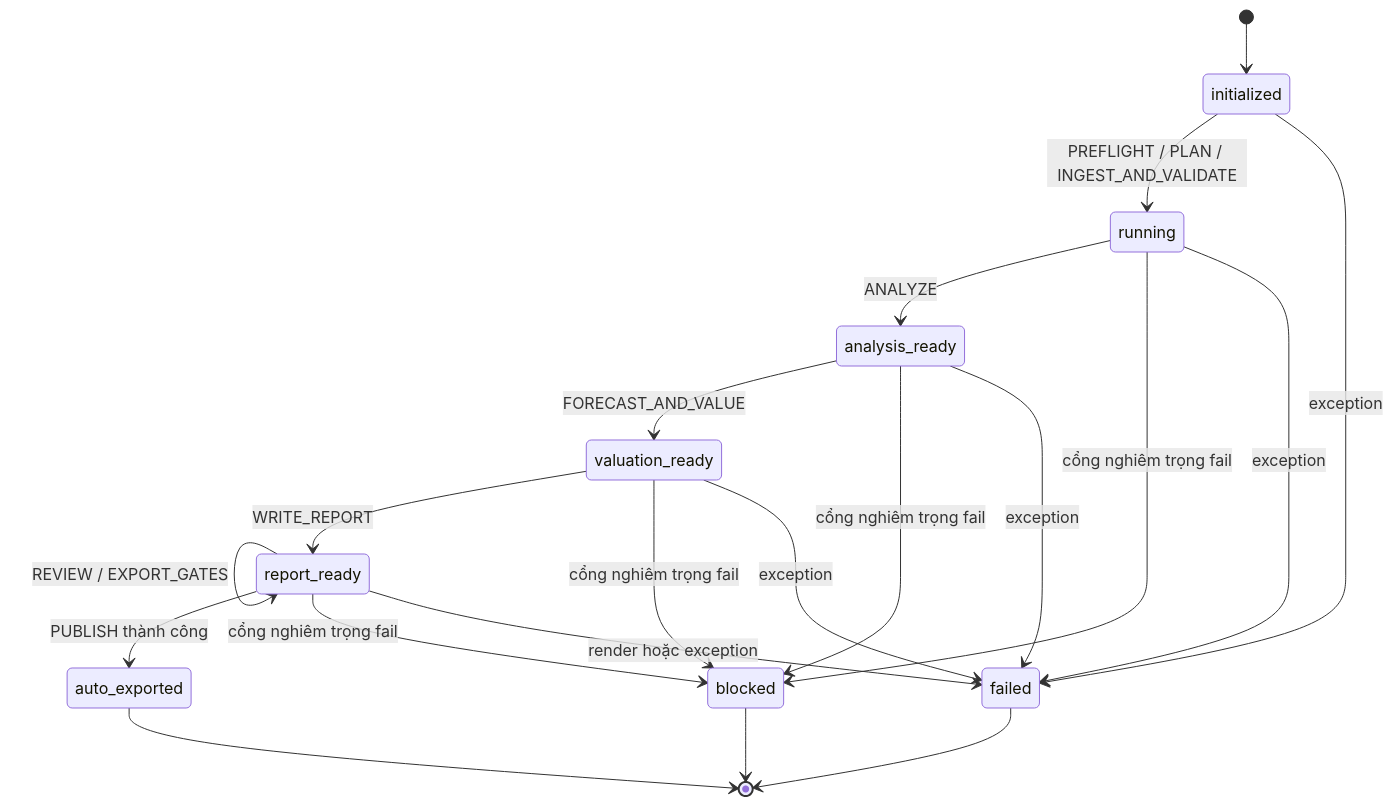
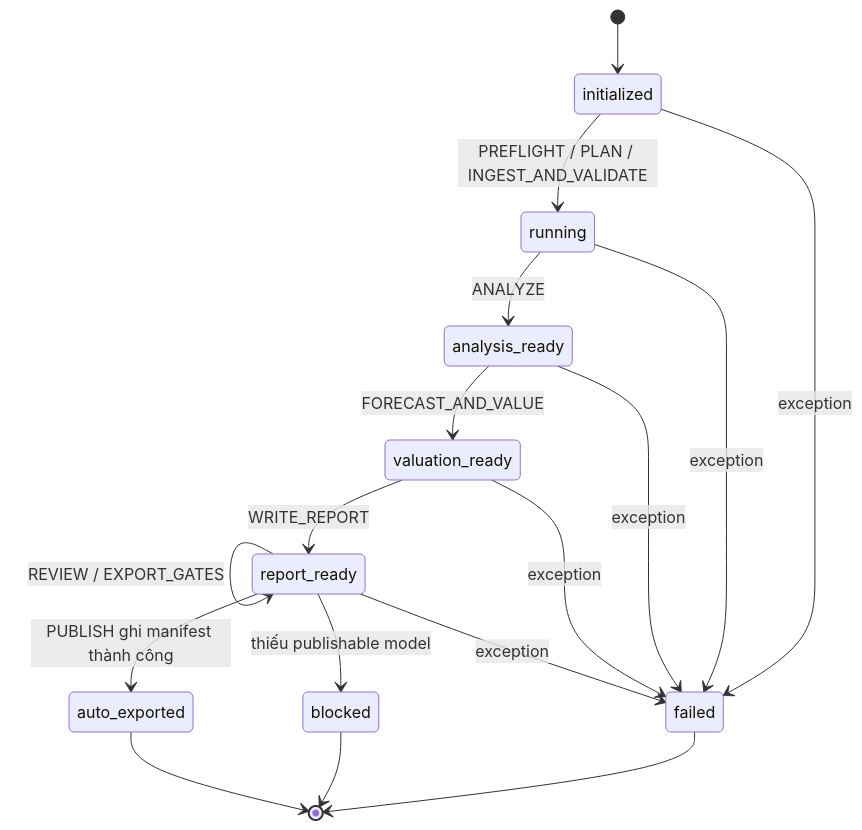
Before and after one commit to haubelerche/equity-research-system: diagram 16 of 24 in docs/SEQUENCE.md, drawn with Mermaid. The commit also changed other lines of this file and 178 other files, not shown here.

````diff
--- a/docs/SEQUENCE.md
+++ b/docs/SEQUENCE.md
@@ -456,22 +447,19 @@
 ```mermaid
 stateDiagram-v2
     [*] --> initialized
     initialized --> running: PREFLIGHT / PLAN / INGEST_AND_VALIDATE
     running --> analysis_ready: ANALYZE
     analysis_ready --> valuation_ready: FORECAST_AND_VALUE
     valuation_ready --> report_ready: WRITE_REPORT
     report_ready --> report_ready: REVIEW / EXPORT_GATES
-    report_ready --> auto_exported: PUBLISH thành công
-    running --> blocked: cổng nghiêm trọng fail
-    analysis_ready --> blocked: cổng nghiêm trọng fail
-    valuation_ready --> blocked: cổng nghiêm trọng fail
-    report_ready --> blocked: cổng nghiêm trọng fail
+    report_ready --> auto_exported: PUBLISH ghi manifest thành công
+    report_ready --> blocked: thiếu publishable model
     initialized --> failed: exception
     running --> failed: exception
     analysis_ready --> failed: exception
     valuation_ready --> failed: exception
-    report_ready --> failed: render hoặc exception
+    report_ready --> failed: exception
     auto_exported --> [*]
     blocked --> [*]
     failed --> [*]
 ```
````
